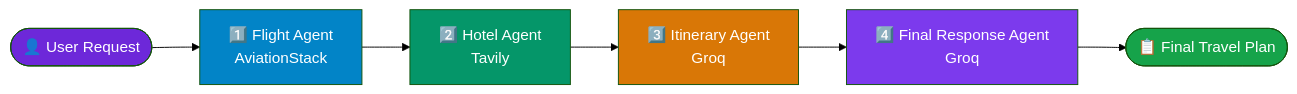
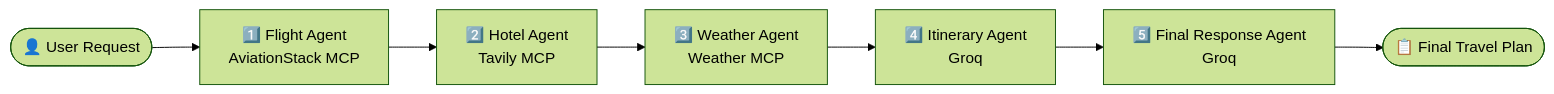
One commit to itsapexdanav/TripPlaner-AI--A-multi-Agent-Travel-Planner-With-MCP changed the second of 4 diagrams in README.md. Above: the diagram before and after it, drawn with Mermaid (forest theme). The commit also changed other lines of this file, not shown here.

````diff
--- a/README.md
+++ b/README.md
@@ -217,25 +288,24 @@
 ```mermaid
 flowchart LR
 
     START(["👤 User Request"])
 
-    F["1️⃣ Flight Agent<br/>AviationStack"]
-    H["2️⃣ Hotel Agent<br/>Tavily"]
-    I["3️⃣ Itinerary Agent<br/>Groq"]
-    R["4️⃣ Final Response Agent<br/>Groq"]
+    F["1️⃣ Flight Agent<br/>AviationStack MCP"]
+
+    H["2️⃣ Hotel Agent<br/>Tavily MCP"]
+
+    W["3️⃣ Weather Agent<br/>Weather MCP"]
+
+    I["4️⃣ Itinerary Agent<br/>Groq"]
+
+    R["5️⃣ Final Response Agent<br/>Groq"]
 
     END(["📋 Final Travel Plan"])
 
     START --> F
     F --> H
-    H --> I
+    H --> W
+    W --> I
     I --> R
     R --> END
-
-    style START fill:#6d28d9,color:#fff
-    style F fill:#0284c7,color:#fff
-    style H fill:#059669,color:#fff
-    style I fill:#d97706,color:#fff
-    style R fill:#7c3aed,color:#fff
-    style END fill:#16a34a,color:#fff
 ```
````
